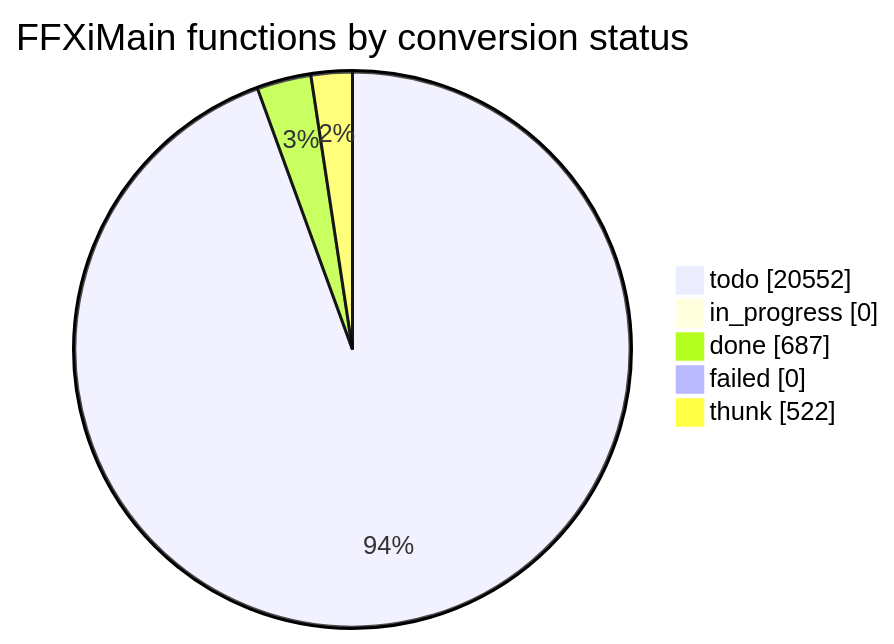
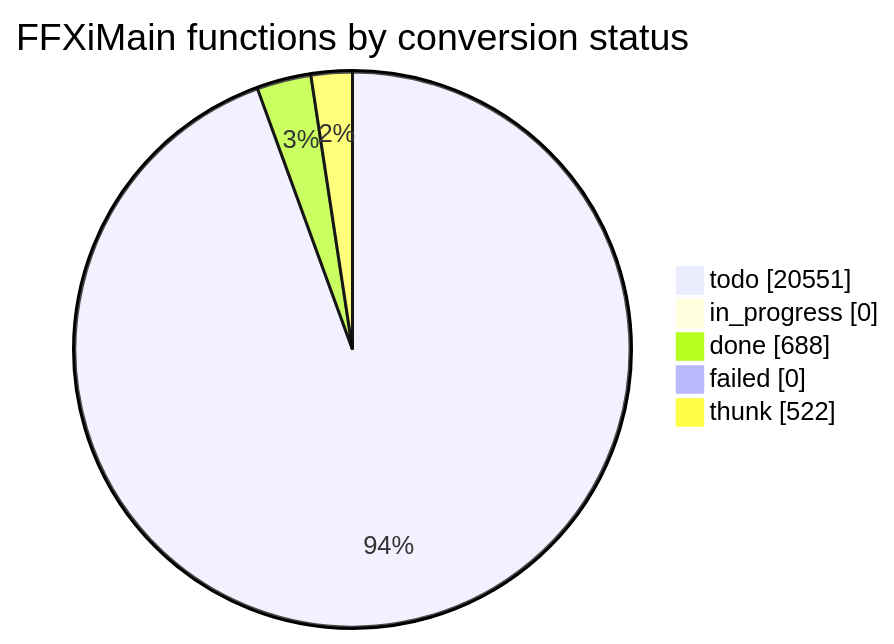
The diagram in docs/cow/STATUS.md (cowrevenge/cow_kuluu_xi_anything), drawn with Mermaid before and after one commit. The commit also changed other lines of this file and 9 other files, not shown here.

````diff
--- a/docs/cow/STATUS.md
+++ b/docs/cow/STATUS.md
@@ -18,9 +18,9 @@
 ```mermaid
 pie showData
     title FFXiMain functions by conversion status
-    "todo" : 20552
+    "todo" : 20551
     "in_progress" : 0
-    "done" : 687
+    "done" : 688
     "failed" : 0
     "thunk" : 522
 ```
````
